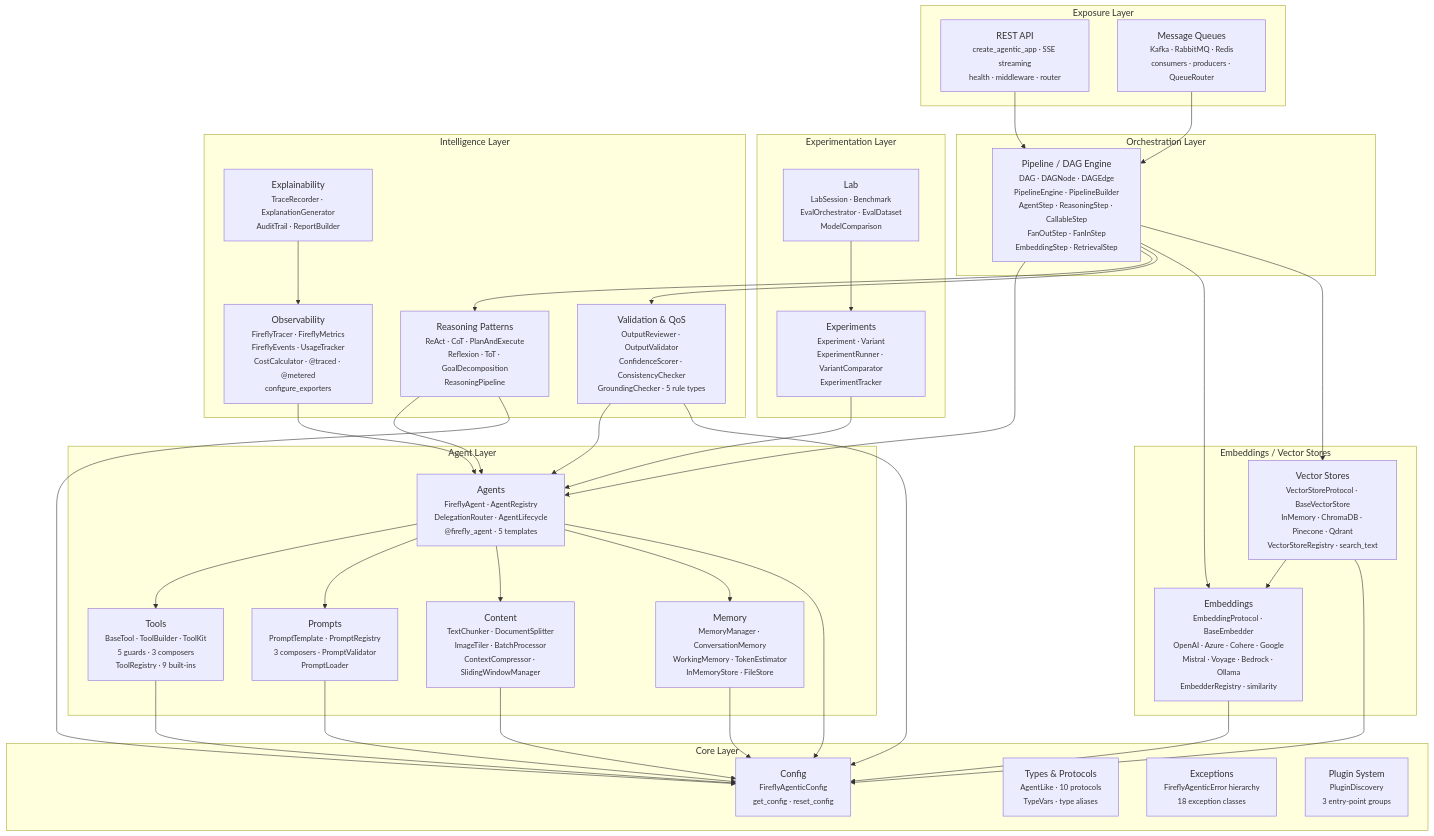
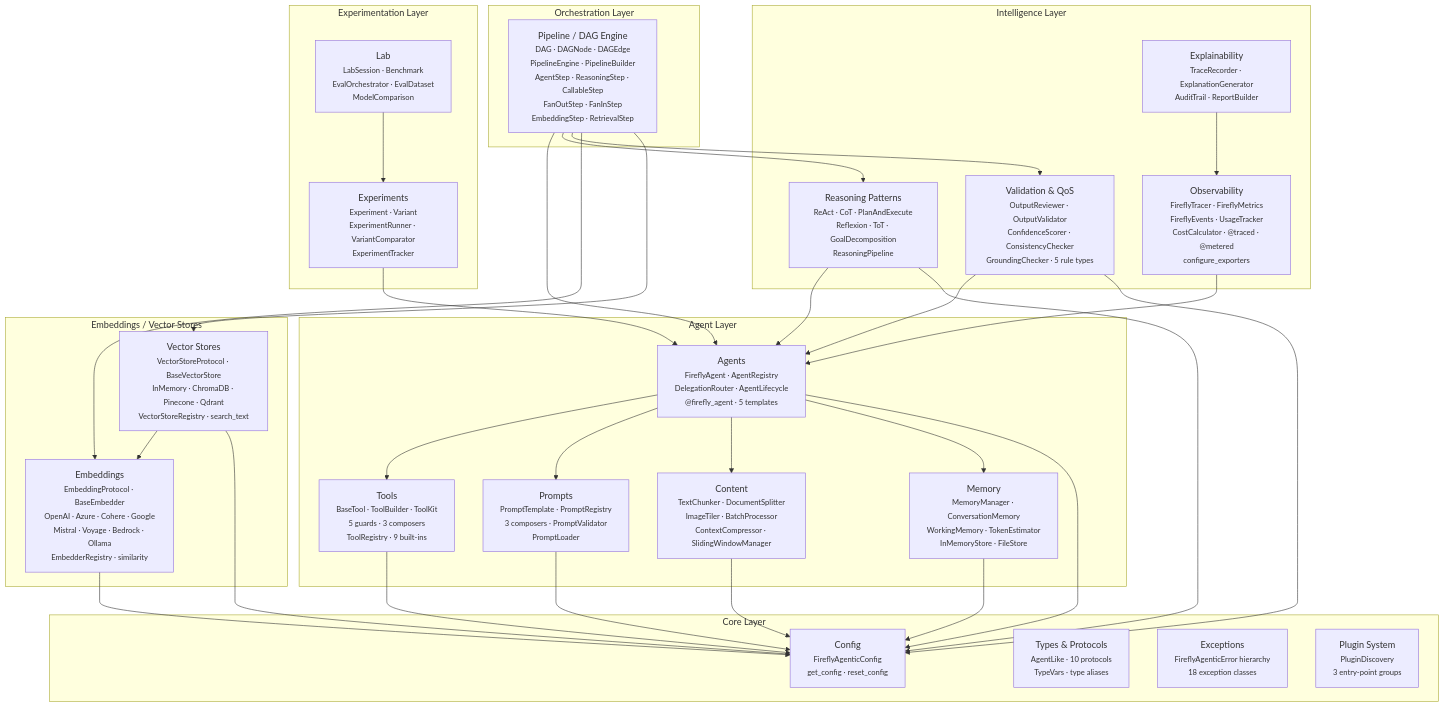
Before and after one commit to fireflyframework/fireflyframework-agentic: the first of 2 diagrams in README.md, drawn with Mermaid. The commit also changed other lines of this file and 45 other files, not shown here.

First line of the commit message:
feat!: remove REST/queue exposure serving layer

````diff
--- a/README.md
+++ b/README.md
@@ -95,71 +92,64 @@
 ```mermaid
 graph TD
-    subgraph Exposure Layer
-        REST["REST API<br/><small>create_agentic_app · SSE streaming<br/>health · middleware · router</small>"]
-        QUEUES["Message Queues<br/><small>Kafka · RabbitMQ · Redis<br/>consumers · producers · QueueRouter</small>"]
-    end
-
     subgraph Orchestration Layer
         PIPE["Pipeline / DAG Engine<br/><small>DAG · DAGNode · DAGEdge<br/>PipelineEngine · PipelineBuilder<br/>AgentStep · ReasoningStep · CallableStep<br/>FanOutStep · FanInStep<br/>EmbeddingStep · RetrievalStep</small>"]
     end
 
     subgraph Embeddings / Vector Stores
         EMB["Embeddings<br/><small>EmbeddingProtocol · BaseEmbedder<br/>OpenAI · Azure · Cohere · Google<br/>Mistral · Voyage · Bedrock · Ollama<br/>EmbedderRegistry · similarity</small>"]
         VS["Vector Stores<br/><small>VectorStoreProtocol · BaseVectorStore<br/>InMemory · ChromaDB · Pinecone · Qdrant<br/>VectorStoreRegistry · search_text</small>"]
     end
 
     subgraph Experimentation Layer
         EXP["Experiments<br/><small>Experiment · Variant<br/>ExperimentRunner · VariantComparator<br/>ExperimentTracker</small>"]
         LAB["Lab<br/><small>LabSession · Benchmark<br/>EvalOrchestrator · EvalDataset<br/>ModelComparison</small>"]
     end
 
     subgraph Intelligence Layer
         REASON["Reasoning Patterns<br/><small>ReAct · CoT · PlanAndExecute<br/>Reflexion · ToT · GoalDecomposition<br/>ReasoningPipeline</small>"]
         VAL["Validation & QoS<br/><small>OutputReviewer · OutputValidator<br/>ConfidenceScorer · ConsistencyChecker<br/>GroundingChecker · 5 rule types</small>"]
         OBS["Observability<br/><small>FireflyTracer · FireflyMetrics<br/>FireflyEvents · UsageTracker<br/>CostCalculator · @traced · @metered<br/>configure_exporters</small>"]
         EXPL["Explainability<br/><small>TraceRecorder · ExplanationGenerator<br/>AuditTrail · ReportBuilder</small>"]
     end
 
     subgraph Agent Layer
         AGT["Agents<br/><small>FireflyAgent · AgentRegistry<br/>DelegationRouter · AgentLifecycle<br/>@firefly_agent · 5 templates</small>"]
         TOOLS["Tools<br/><small>BaseTool · ToolBuilder · ToolKit<br/>5 guards · 3 composers<br/>ToolRegistry · 9 built-ins</small>"]
         PROMPTS["Prompts<br/><small>PromptTemplate · PromptRegistry<br/>3 composers · PromptValidator<br/>PromptLoader</small>"]
         CONTENT["Content<br/><small>TextChunker · DocumentSplitter<br/>ImageTiler · BatchProcessor<br/>ContextCompressor · SlidingWindowManager</small>"]
         MEM["Memory<br/><small>MemoryManager · ConversationMemory<br/>WorkingMemory · TokenEstimator<br/>InMemoryStore · FileStore</small>"]
     end
 
     subgraph Core Layer
         CFG["Config<br/><small>FireflyAgenticConfig<br/>get_config · reset_config</small>"]
         TYPES["Types & Protocols<br/><small>AgentLike · 10 protocols<br/>TypeVars · type aliases</small>"]
         EXC["Exceptions<br/><small>FireflyAgenticError hierarchy<br/>18 exception classes</small>"]
         PLUG["Plugin System<br/><small>PluginDiscovery<br/>3 entry-point groups</small>"]
     end
 
-    REST --> PIPE
-    QUEUES --> PIPE
     PIPE --> AGT
     PIPE --> REASON
     PIPE --> VAL
     PIPE --> EMB
     PIPE --> VS
     VS --> EMB
     EMB --> CFG
     VS --> CFG
     EXP --> AGT
     LAB --> EXP
     REASON --> AGT
     OBS --> AGT
     EXPL --> OBS
     VAL --> AGT
     AGT --> TOOLS
     AGT --> PROMPTS
     AGT --> CONTENT
     AGT --> MEM
     AGT --> CFG
     TOOLS --> CFG
     PROMPTS --> CFG
     CONTENT --> CFG
     MEM --> CFG
     REASON --> CFG
     VAL --> CFG
 ```
````
